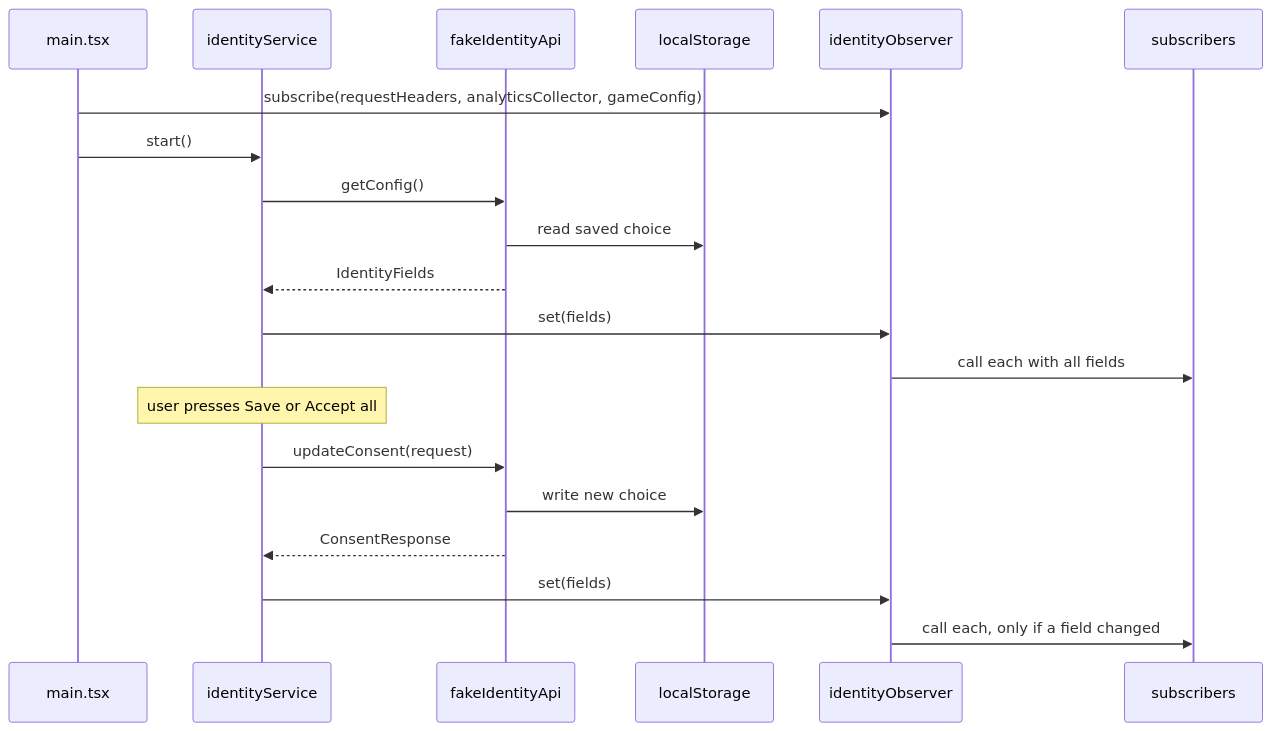
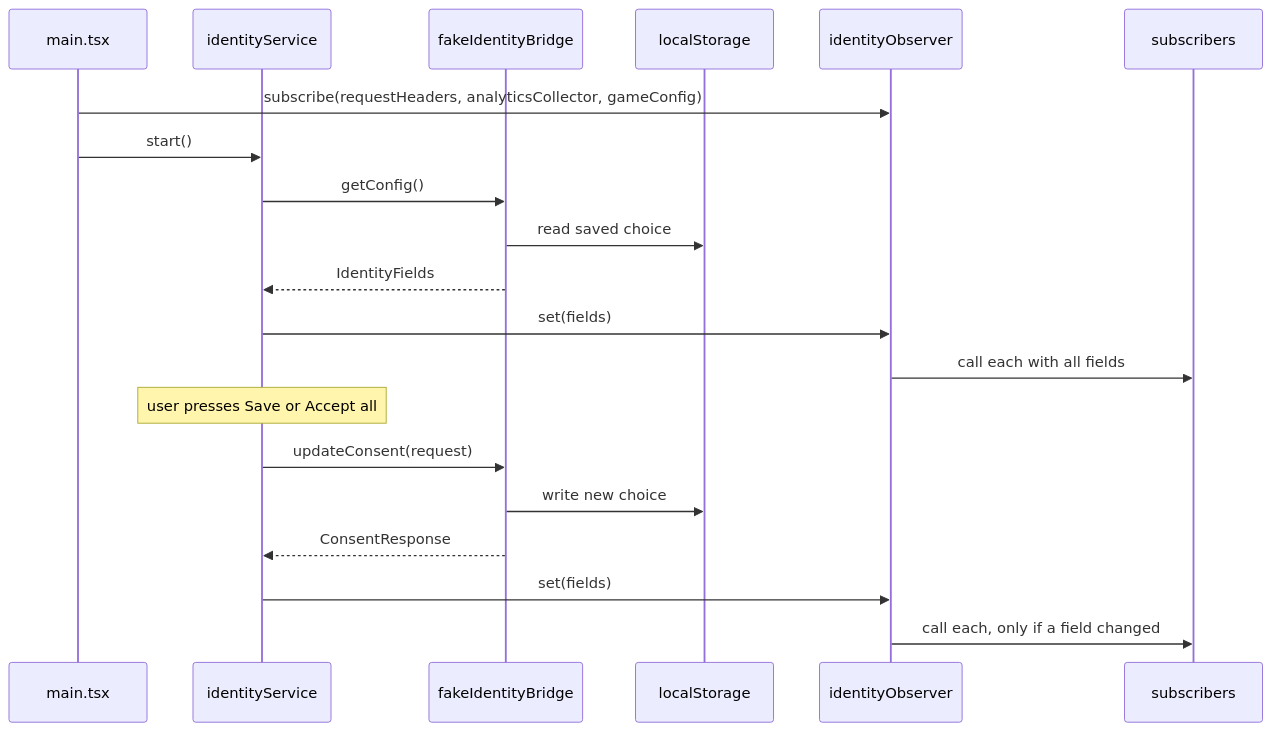
The first of 2 diagrams in playground/app/docs/features/identity-tracking-consent/en/spec.md (fedorovsky/docs), drawn with Mermaid before and after one commit. The commit also changed other lines of this file and 14 other files, not shown here.

First line of the commit message:
Treat config and consent as native bridge methods, not a backend API

````diff
--- a/playground/app/docs/features/identity-tracking-consent/en/spec.md
+++ b/playground/app/docs/features/identity-tracking-consent/en/spec.md
@@ -32,22 +32,22 @@
 ```mermaid
 sequenceDiagram
   participant Main as main.tsx
   participant Service as identityService
-  participant Api as fakeIdentityApi
+  participant Bridge as fakeIdentityBridge
   participant Storage as localStorage
   participant Observer as identityObserver
   participant Subs as subscribers
   Main->>Observer: subscribe(requestHeaders, analyticsCollector, gameConfig)
   Main->>Service: start()
-  Service->>Api: getConfig()
-  Api->>Storage: read saved choice
-  Api-->>Service: IdentityFields
+  Service->>Bridge: getConfig()
+  Bridge->>Storage: read saved choice
+  Bridge-->>Service: IdentityFields
   Service->>Observer: set(fields)
   Observer->>Subs: call each with all fields
   Note over Service: user presses Save or Accept all
-  Service->>Api: updateConsent(request)
-  Api->>Storage: write new choice
-  Api-->>Service: ConsentResponse
+  Service->>Bridge: updateConsent(request)
+  Bridge->>Storage: write new choice
+  Bridge-->>Service: ConsentResponse
   Service->>Observer: set(fields)
   Observer->>Subs: call each, only if a field changed
 ```
````
